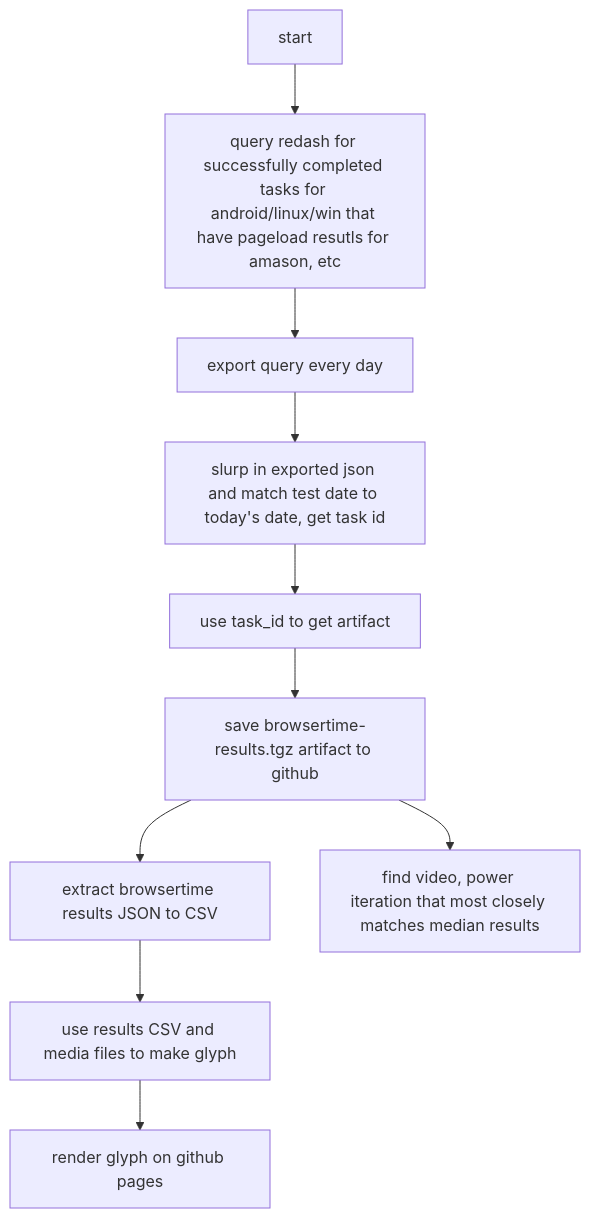
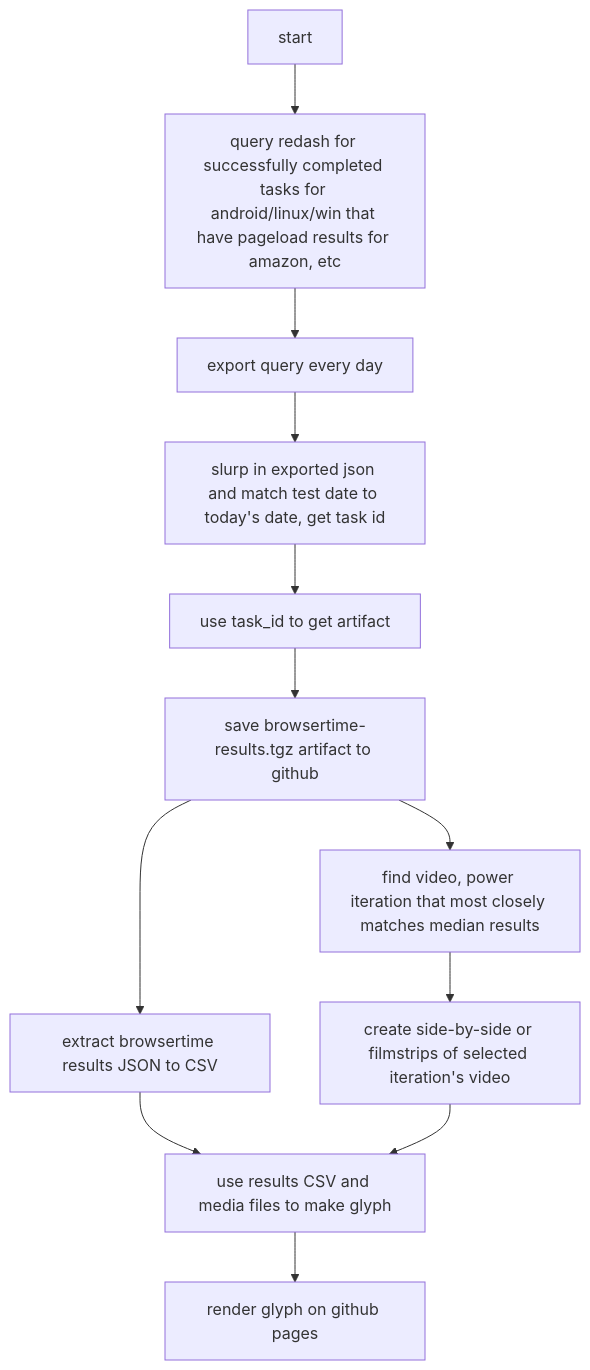
Before and after one commit to bdekoz/mozilla-data-pageload: the diagram in docs/process-etl-to-display-flowchart.mmd, drawn with Mermaid.

Commit message:
update process diagram

```diff
--- a/docs/process-etl-to-display-flowchart.mmd
+++ b/docs/process-etl-to-display-flowchart.mmd
@@ -1,10 +1,12 @@
 flowchart TB
-	  start --> step1[query redash for successfully completed tasks for android/linux/win that have pageload resutls for amason, etc]
+	  start --> step1[query redash for successfully completed tasks for android/linux/win that have pageload results for amazon, etc]
 	  step1 --> step2[export query every day]
 	  step2 --> step3[slurp in exported json and match test date to today's date, get task id]
 	  step3 --> step4[use task_id to get artifact]
 	  step4 --> step5[save browsertime-results.tgz artifact to github]
 	  step5 --> step6a[extract browsertime results JSON to CSV]
 	  step5 --> step6b[find video, power iteration that most closely matches median results]
+	  step6b --> step6bb[create side-by-side or filmstrips of selected iteration's video]
 	  step6a --> step7[use results CSV and media files to make glyph]
+	  step6bb --> step7
 	  step7 --> step8[render glyph on github pages]
```
